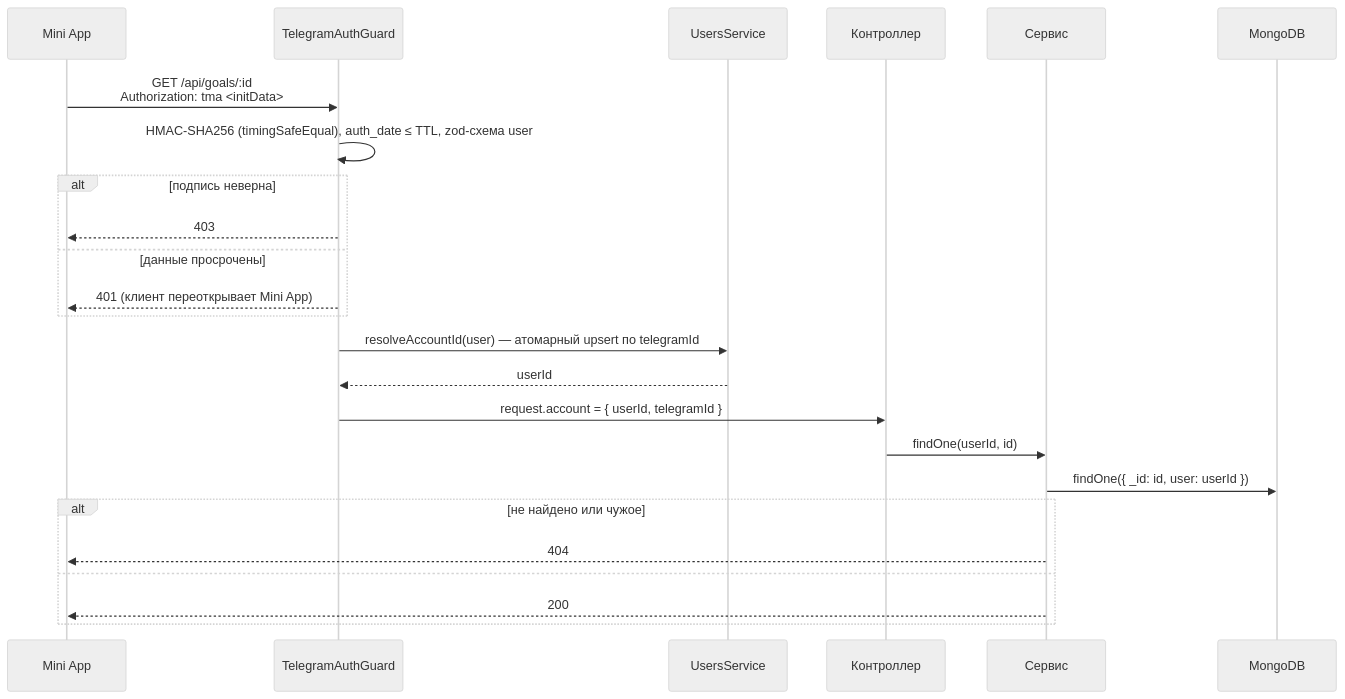
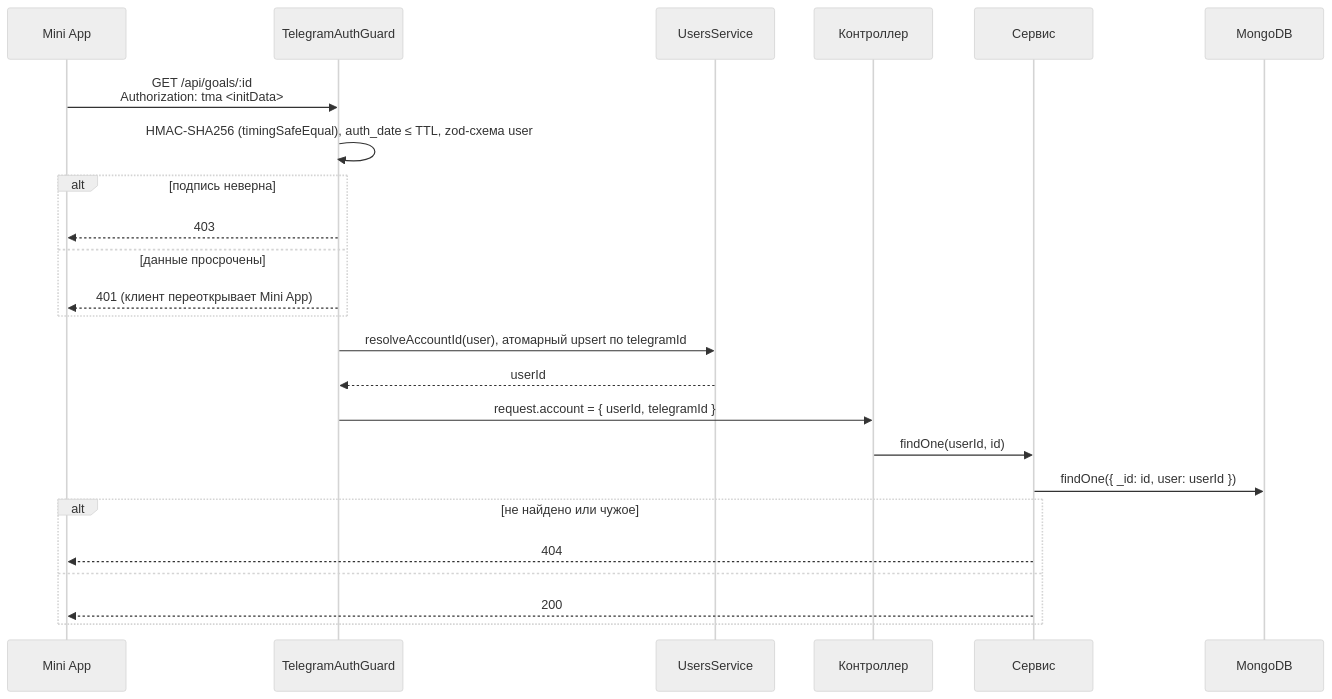
Before and after one commit to akoody/Capy: the first of 2 diagrams in docs/architecture.md, drawn with Mermaid (neutral theme). The commit also changed other lines of this file and 33 other files, not shown here.

````diff
--- a/docs/architecture.md
+++ b/docs/architecture.md
@@ -7,27 +7,27 @@
 ```mermaid
 sequenceDiagram
   participant C as Mini App
   participant G as TelegramAuthGuard
   participant U as UsersService
   participant H as Контроллер
   participant S as Сервис
   participant DB as MongoDB
 
   C->>G: GET /api/goals/:id<br/>Authorization: tma <initData>
   G->>G: HMAC-SHA256 (timingSafeEqual), auth_date ≤ TTL, zod-схема user
   alt подпись неверна
     G-->>C: 403
   else данные просрочены
     G-->>C: 401 (клиент переоткрывает Mini App)
   end
-  G->>U: resolveAccountId(user) — атомарный upsert по telegramId
+  G->>U: resolveAccountId(user), атомарный upsert по telegramId
   U-->>G: userId
   G->>H: request.account = { userId, telegramId }
   H->>S: findOne(userId, id)
   S->>DB: findOne({ _id: id, user: userId })
   alt не найдено или чужое
     S-->>C: 404
   else
     S-->>C: 200
   end
 ```
````
